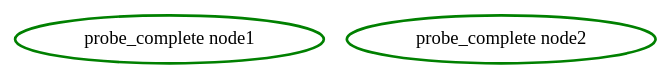
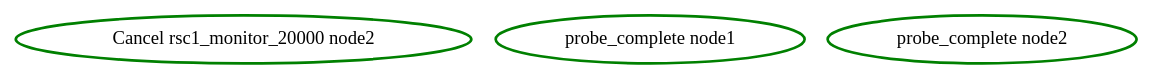
Before and after one commit to ClusterLabs/pacemaker: the diagram in pengine/test10/stopped-monitor-06.dot, drawn with Graphviz. The commit also changed 73 other files, not shown here.

Commit message:
Test: pengine: Cancel monitor operations for unmanaged resources

```diff
--- a/pengine/test10/stopped-monitor-06.dot
+++ b/pengine/test10/stopped-monitor-06.dot
@@ -1,4 +1,5 @@
 digraph "g" {
+"Cancel rsc1_monitor_20000 node2" [ style=bold color="green" fontcolor="black"]
 "probe_complete node1" [ style=bold color="green" fontcolor="black" ]
 "probe_complete node2" [ style=bold color="green" fontcolor="black" ]
 }
```
